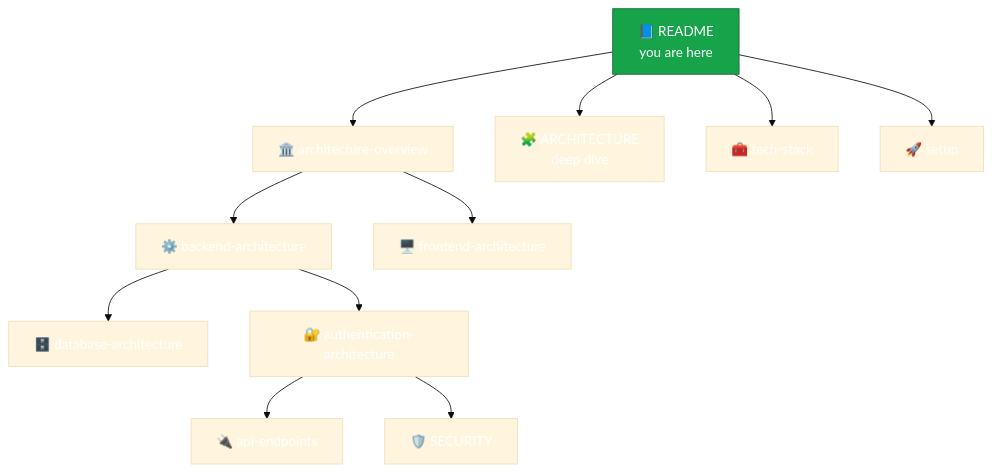
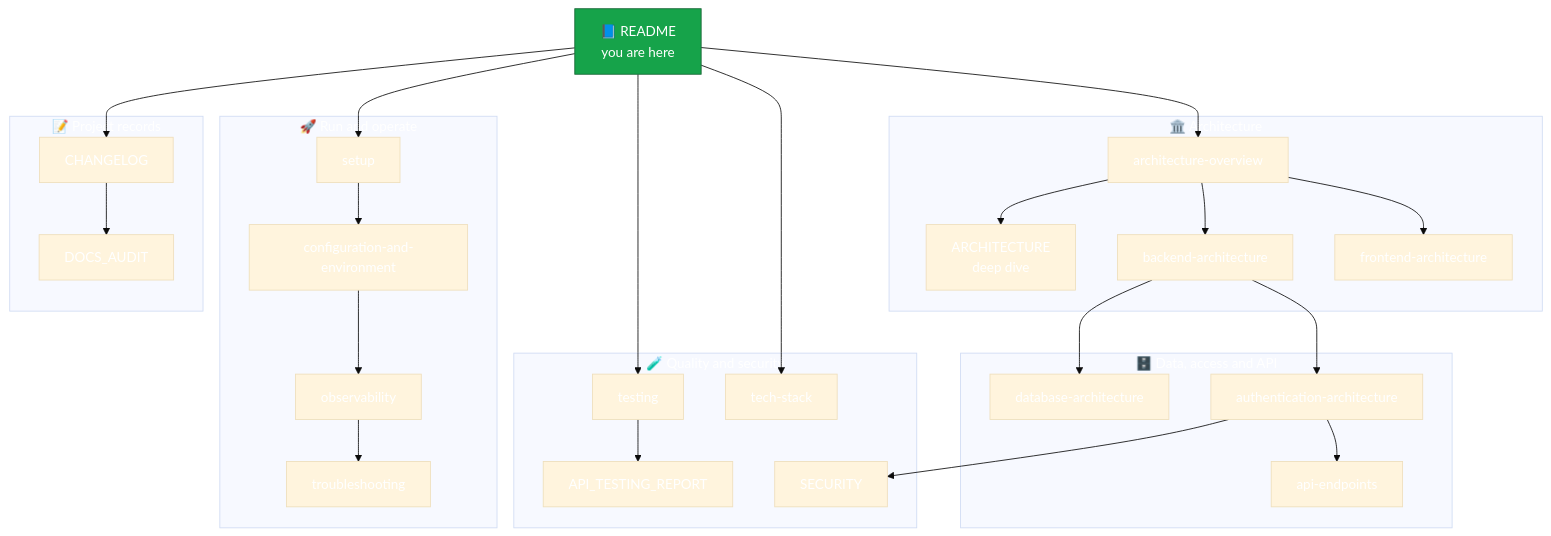
Before and after one commit to karanjha000/amrutam-telemedicine-backend: the diagram in docs/README.md, drawn with Mermaid (base theme). The commit also changed other lines of this file and 21 other files, not shown here.

````diff
--- a/docs/README.md
+++ b/docs/README.md
@@ -33,15 +39,44 @@
 ```mermaid
 flowchart TD
     R["📘 README<br/>you are here"]:::root
-    R --> O["🏛️ architecture-overview"]
-    R --> A["🧩 ARCHITECTURE<br/>deep dive"]
-    O --> B["⚙️ backend-architecture"]
-    O --> F["🖥️ frontend-architecture"]
-    B --> D["🗄️ database-architecture"]
-    B --> AU["🔐 authentication-architecture"]
-    AU --> API["🔌 api-endpoints"]
-    AU --> S["🛡️ SECURITY"]
-    R --> T["🧰 tech-stack"]
-    R --> SU["🚀 setup"]
+
+    subgraph ARCH["🏛️ Architecture"]
+        O["architecture-overview"]
+        A["ARCHITECTURE<br/>deep dive"]
+        B["backend-architecture"]
+        F["frontend-architecture"]
+    end
+    subgraph DATA["🗄️ Data, access and API"]
+        D["database-architecture"]
+        AU["authentication-architecture"]
+        API["api-endpoints"]
+    end
+    subgraph OPS["🚀 Run and operate"]
+        SU["setup"]
+        CFG["configuration-and-environment"]
+        OBS["observability"]
+        TR["troubleshooting"]
+    end
+    subgraph QA["🧪 Quality and security"]
+        T["testing"]
+        REP["API_TESTING_REPORT"]
+        S["SECURITY"]
+        TS["tech-stack"]
+    end
+    subgraph META["📝 Project records"]
+        CH["CHANGELOG"]
+        AUD["DOCS_AUDIT"]
+    end
+
+    R --> O --> A
+    O --> B --> D
+    O --> F
+    B --> AU --> API
+    AU --> S
+    R --> SU --> CFG --> OBS --> TR
+    R --> T --> REP
+    R --> TS
+    R --> CH
+    CH --> AUD
     classDef root fill:#16a34a,color:#fff,stroke:#166534
 ```
````
